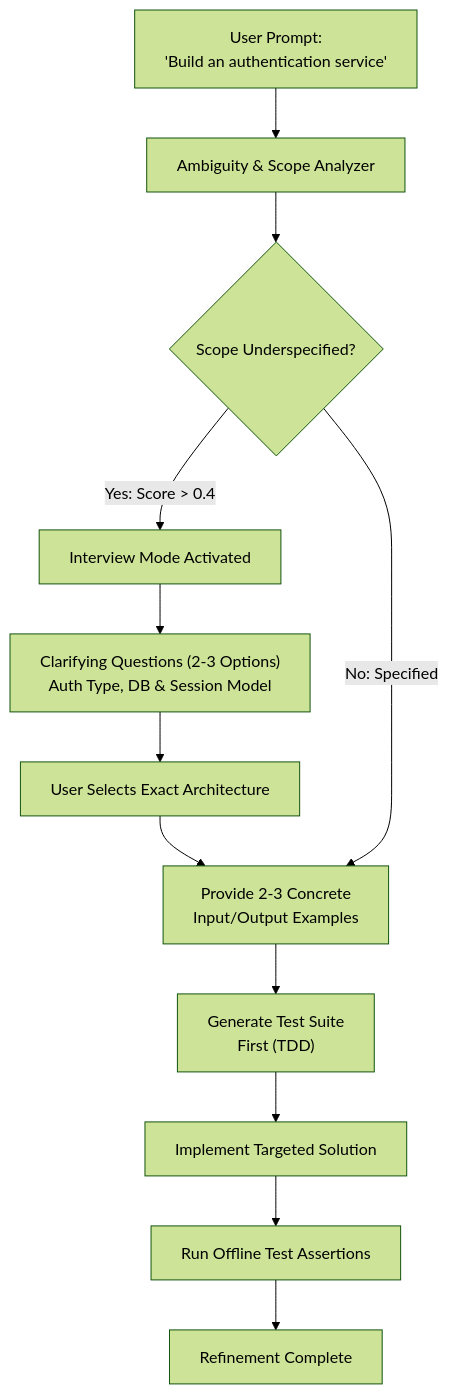
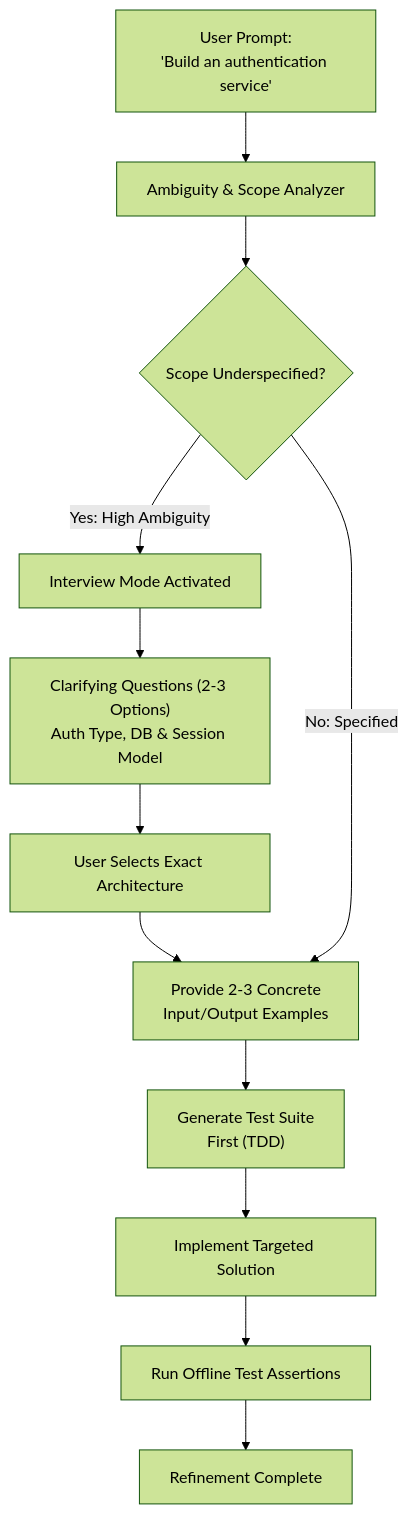
Before and after one commit to dip4k/claude_cert_architect_foundation_prep: the diagram in domain3/ts_3_5_iterative_refinement_interview/README.md, drawn with Mermaid (forest theme). The commit also changed 50 other files, not shown here.

Commit message:
docs(domain): complete 30 task statement study guides and enforce October 2026 Mermaid standards

````diff
--- a/domain3/ts_3_5_iterative_refinement_interview/README.md
+++ b/domain3/ts_3_5_iterative_refinement_interview/README.md
@@ -10,19 +10,18 @@
 ```mermaid
-%%{init: {"flowchart": {"htmlLabels": true, "wrappingWidth": 250}}}%%
 flowchart TD
-    UserReq["User Prompt:<br/>'Build an authentication service'"] --> Analyzer["Ambiguity & Scope Analyzer"]
+    UserReq["User Prompt:<br>'Build an authentication service'"] --> Analyzer["Ambiguity & Scope Analyzer"]
     
     Analyzer --> AmbiguityCheck{"Scope Underspecified?"}
     
-    AmbiguityCheck -- "Yes: Score &gt; 0.4" --> Interview["Interview Mode Activated"]
-    Interview --> Ask["Clarifying Questions (2-3 Options)<br/>Auth Type, DB & Session Model"]
+    AmbiguityCheck -->|"Yes: High Ambiguity"| Interview["Interview Mode Activated"]
+    Interview --> Ask["Clarifying Questions (2-3 Options)<br>Auth Type, DB & Session Model"]
     Ask --> UserFeedback["User Selects Exact Architecture"]
     
-    UserFeedback --> ConcreteIO["Provide 2-3 Concrete<br/>Input/Output Examples"]
-    AmbiguityCheck -- "No: Specified" --> ConcreteIO
+    UserFeedback --> ConcreteIO["Provide 2-3 Concrete<br>Input/Output Examples"]
+    AmbiguityCheck -->|"No: Specified"| ConcreteIO
     
-    ConcreteIO --> TestCases["Generate Test Suite<br/>First (TDD)"]
+    ConcreteIO --> TestCases["Generate Test Suite<br>First (TDD)"]
     TestCases --> CodeGen["Implement Targeted Solution"]
     CodeGen --> Verification["Run Offline Test Assertions"]
     Verification --> Success["Refinement Complete"]
 ```
````
